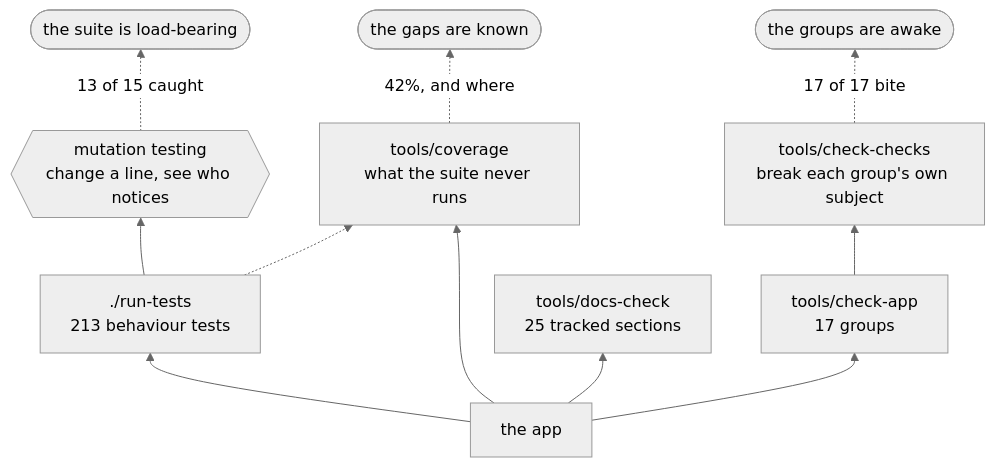
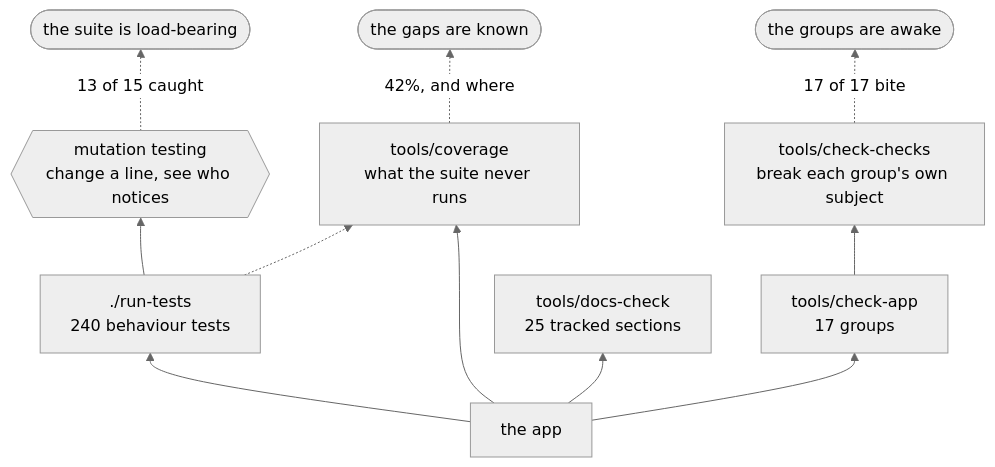
Before and after one commit to minormending/crystal-pilot-mobile: the second of 2 diagrams in docs/DEVELOPING.md, drawn with Mermaid (neutral theme). The commit also changed other lines of this file and 7 other files, not shown here.

````diff
--- a/docs/DEVELOPING.md
+++ b/docs/DEVELOPING.md
@@ -118,13 +118,13 @@
 ```mermaid
 flowchart BT
-    C["the app"] --> T["./run-tests<br/>213 behaviour tests"]
+    C["the app"] --> T["./run-tests<br/>240 behaviour tests"]
     C --> A["tools/check-app<br/>17 groups"]
     C --> D["tools/docs-check<br/>25 tracked sections"]
     C --> V["tools/coverage<br/>what the suite never runs"]
     T --> M{{"mutation testing<br/>change a line, see who notices"}}
     A --> K["tools/check-checks<br/>break each group's own subject"]
     T -.-> V
     M -.->|"13 of 15 caught"| R(["the suite is load-bearing"])
     K -.->|"17 of 17 bite"| R2(["the groups are awake"])
     V -.->|"42%, and where"| R3(["the gaps are known"])
 ```
````
